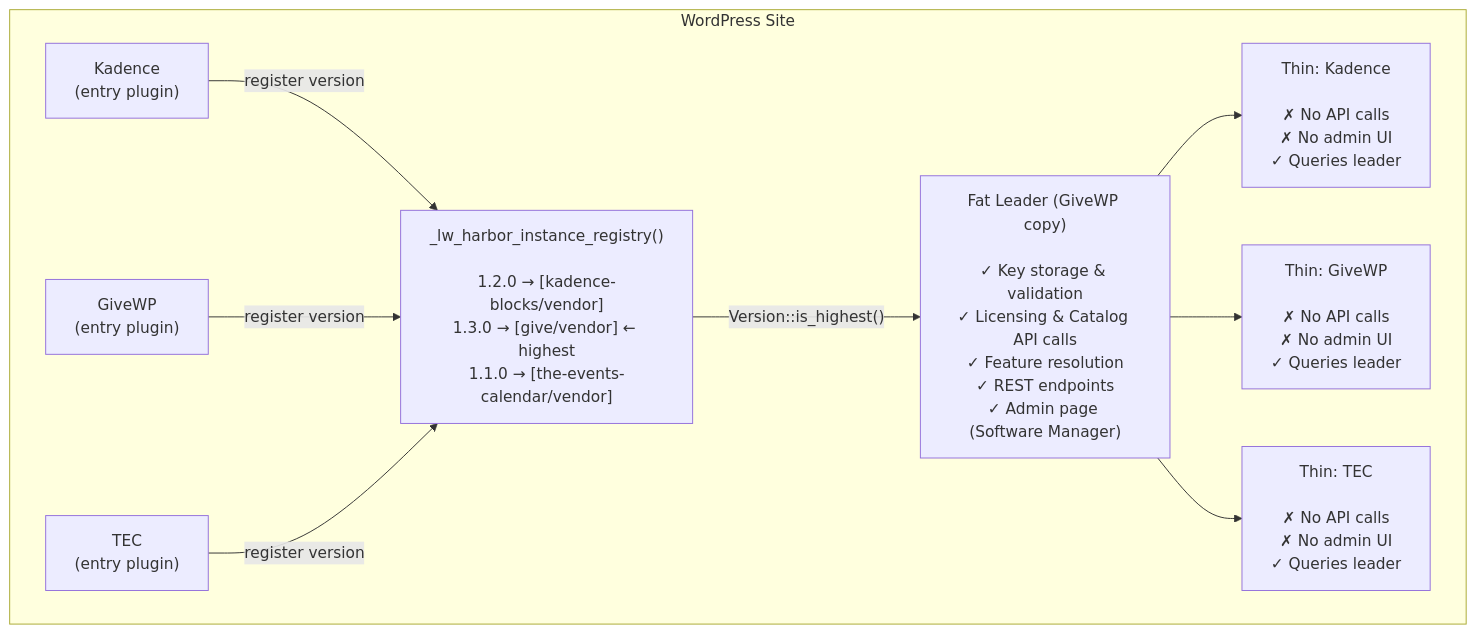
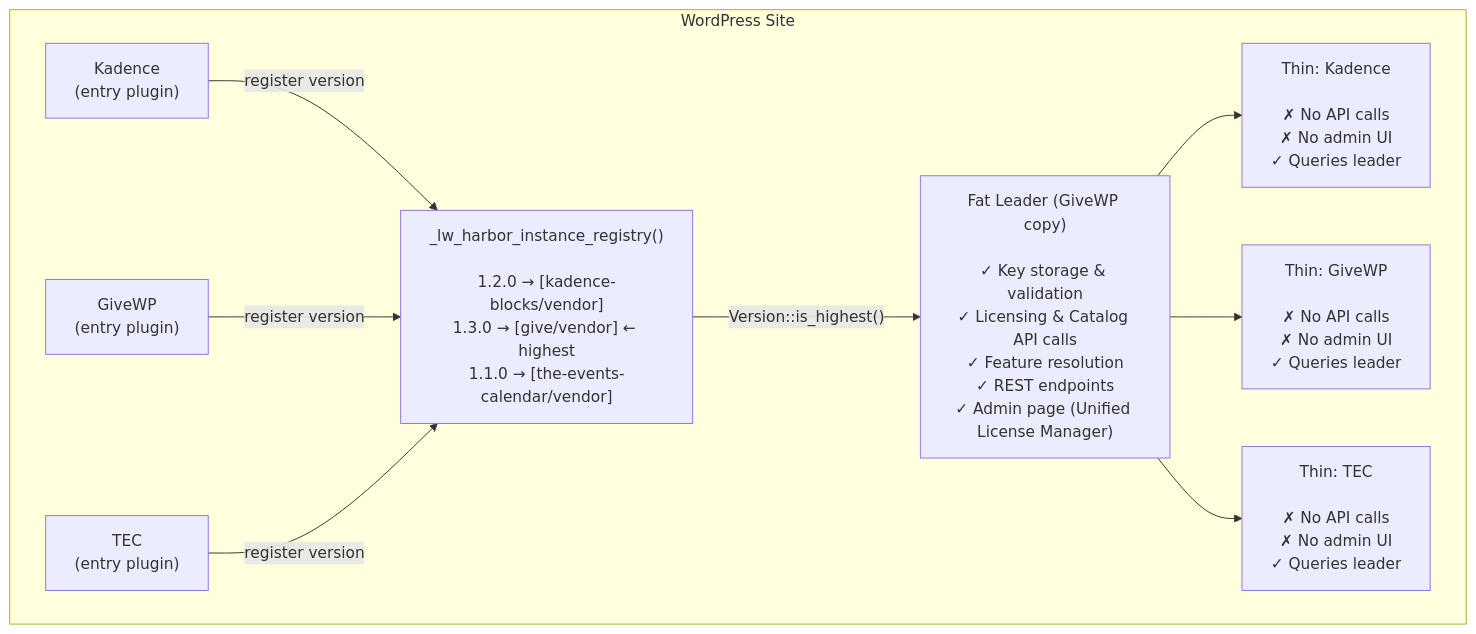
The diagram in docs/architecture/fat-leader-thin-instance.md (stellarwp/harbor), drawn with Mermaid before and after one commit. The commit also changed other lines of this file and 19 other files, not shown here.

Commit message:
fix: call the license page the Unified License Manager

````diff
--- a/docs/architecture/fat-leader-thin-instance.md
+++ b/docs/architecture/fat-leader-thin-instance.md
@@ -11,18 +11,18 @@
 ```mermaid
 flowchart TD
     subgraph site["WordPress Site"]
         Kadence["Kadence\n(entry plugin)"] -->|register version| Registry
         GiveWP["GiveWP\n(entry plugin)"] -->|register version| Registry
         TEC["TEC\n(entry plugin)"] -->|register version| Registry
 
         Registry["_lw_harbor_instance_registry()\n\n1.2.0 → [kadence-blocks/vendor]\n1.3.0 → [give/vendor] ← highest\n1.1.0 → [the-events-calendar/vendor]"]
 
         Registry -->|"Version::is_highest()"| Leader
 
-        Leader["Fat Leader (GiveWP copy)\n\n✓ Key storage & validation\n✓ Licensing & Catalog API calls\n✓ Feature resolution\n✓ REST endpoints\n✓ Admin page (Software Manager)"]
+        Leader["Fat Leader (GiveWP copy)\n\n✓ Key storage & validation\n✓ Licensing & Catalog API calls\n✓ Feature resolution\n✓ REST endpoints\n✓ Admin page (Unified License Manager)"]
 
         Leader --> ThinKadence["Thin: Kadence\n\n✗ No API calls\n✗ No admin UI\n✓ Queries leader"]
         Leader --> ThinGiveWP["Thin: GiveWP\n\n✗ No API calls\n✗ No admin UI\n✓ Queries leader"]
         Leader --> ThinTEC["Thin: TEC\n\n✗ No API calls\n✗ No admin UI\n✓ Queries leader"]
     end
 ```
````
